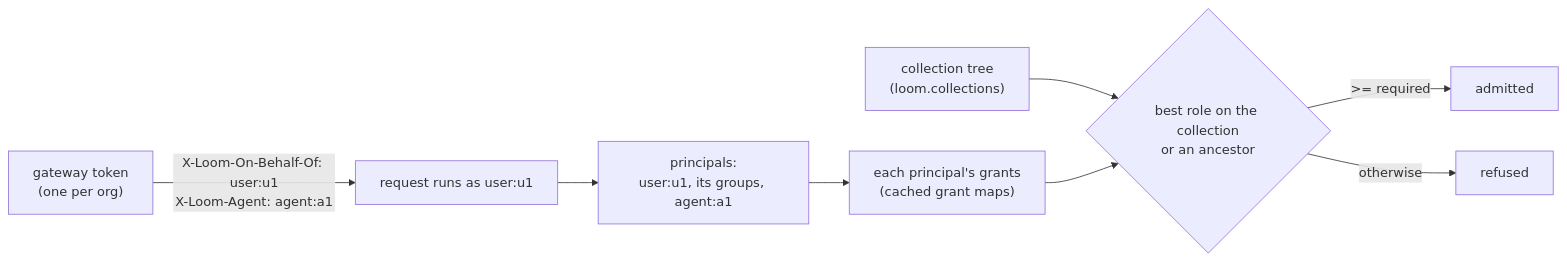
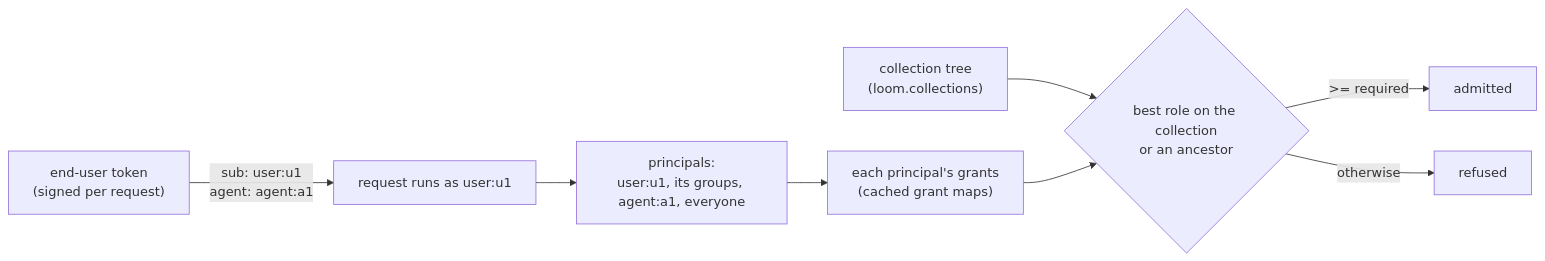
One commit to ClickHouse/loom changed the diagram in docs/architecture/sharing.md. Above: the diagram before and after it, drawn with Mermaid. The commit also changed other lines of this file and 13 other files, not shown here.

````diff
--- a/docs/architecture/sharing.md
+++ b/docs/architecture/sharing.md
@@ -10,10 +10,10 @@
 ```mermaid
 flowchart LR
-    G["gateway token<br/>(one per org)"] -->|"X-Loom-On-Behalf-Of: user:u1<br/>X-Loom-Agent: agent:a1"| R["request runs as user:u1"]
-    R --> P["principals:<br/>user:u1, its groups, agent:a1"]
+    G["end-user token<br/>(signed per request)"] -->|"sub: user:u1<br/>agent: agent:a1"| R["request runs as user:u1"]
+    R --> P["principals:<br/>user:u1, its groups, agent:a1, everyone"]
     P --> M["each principal's grants<br/>(cached grant maps)"]
     T["collection tree<br/>(loom.collections)"] --> D{"best role on the collection<br/>or an ancestor"}
     M --> D
     D -->|">= required"| A["admitted"]
     D -->|"otherwise"| X["refused"]
 ```
````
